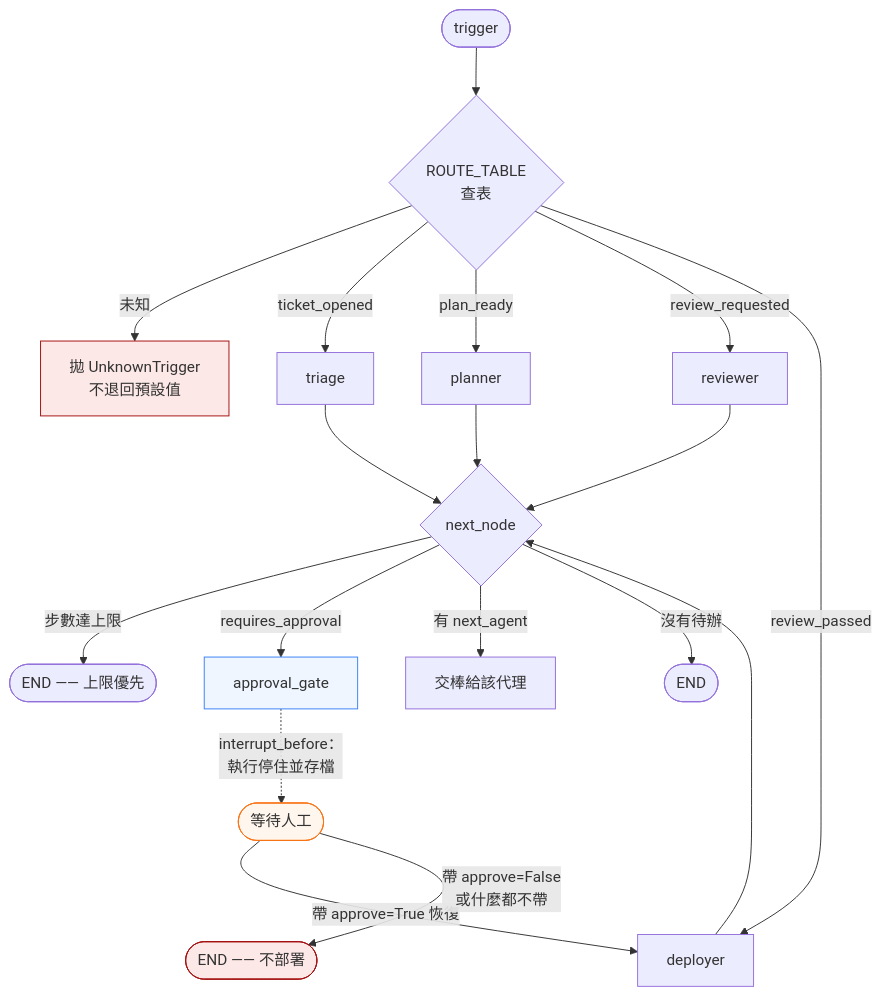
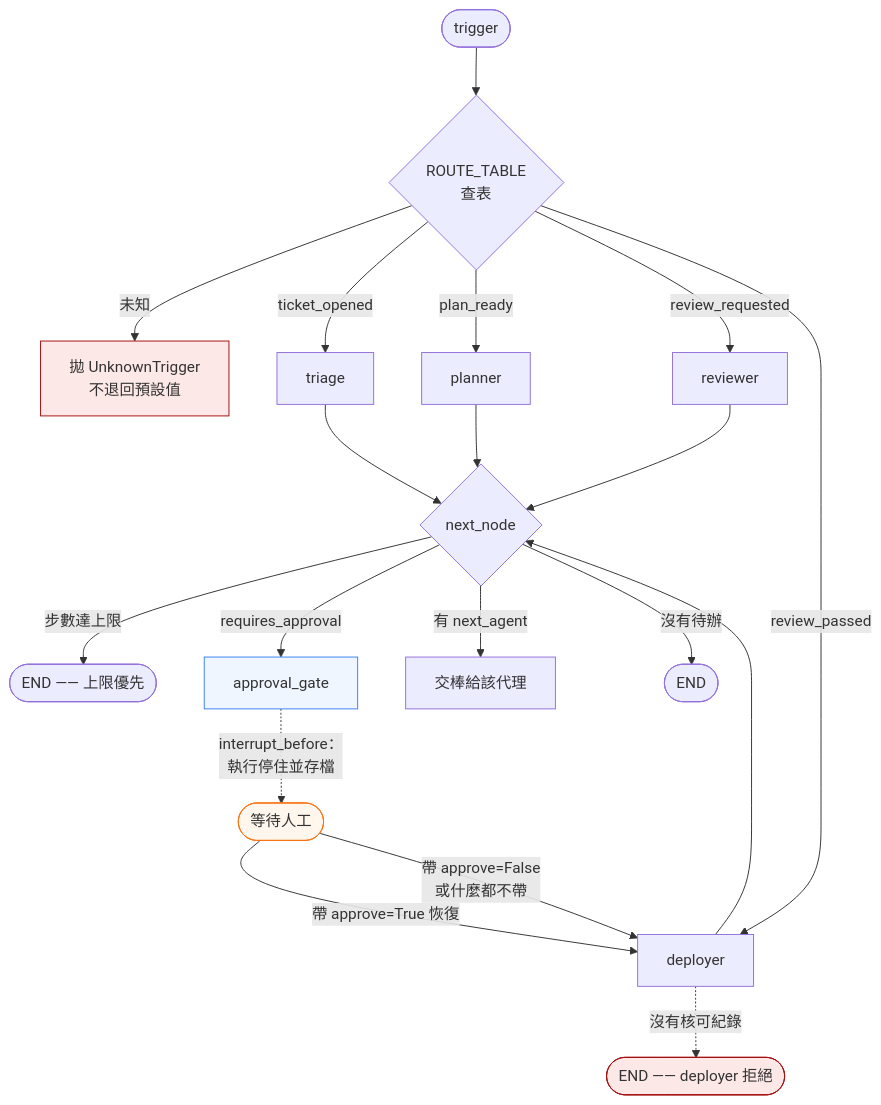
The first of 4 diagrams in docs/design.zh-TW.md (qaz1996001/agent-control-plane), drawn with Mermaid before and after one commit. The commit also changed other lines of this file and 8 other files, not shown here.

````diff
--- a/docs/design.zh-TW.md
+++ b/docs/design.zh-TW.md
@@ -13,28 +13,29 @@
 ```mermaid
 flowchart TD
     T(["trigger"]) --> R{"ROUTE_TABLE<br/>查表"}
     R -->|未知| X["拋 UnknownTrigger<br/>不退回預設值"]
     R -->|ticket_opened| A["triage"]
     R -->|plan_ready| B["planner"]
     R -->|review_requested| C["reviewer"]
     R -->|review_passed| D["deployer"]
 
     A --> N{"next_node"}
     B --> N
     C --> N
     D --> N
 
     N -->|"步數達上限"| E1(["END —— 上限優先"])
     N -->|"requires_approval"| G["approval_gate"]
     N -->|"有 next_agent"| L["交棒給該代理"]
     N -->|"沒有待辦"| E2(["END"])
 
     G -.->|"interrupt_before：<br/>執行停住並存檔"| H(["等待人工"])
     H -->|"帶 approve=True 恢復"| D
-    H -->|"帶 approve=False<br/>或什麼都不帶"| E3(["END —— 不部署"])
+    H -->|"帶 approve=False<br/>或什麼都不帶"| D
+    D -.->|"沒有核可紀錄"| E3(["END —— deployer 拒絕"])
 
     style X fill:#fce8e6,stroke:#a50e0e
     style H fill:#fff7ed,stroke:#f97316
     style E3 fill:#fce8e6,stroke:#a50e0e
     style G fill:#eff6ff,stroke:#3b82f6
 ```
````
